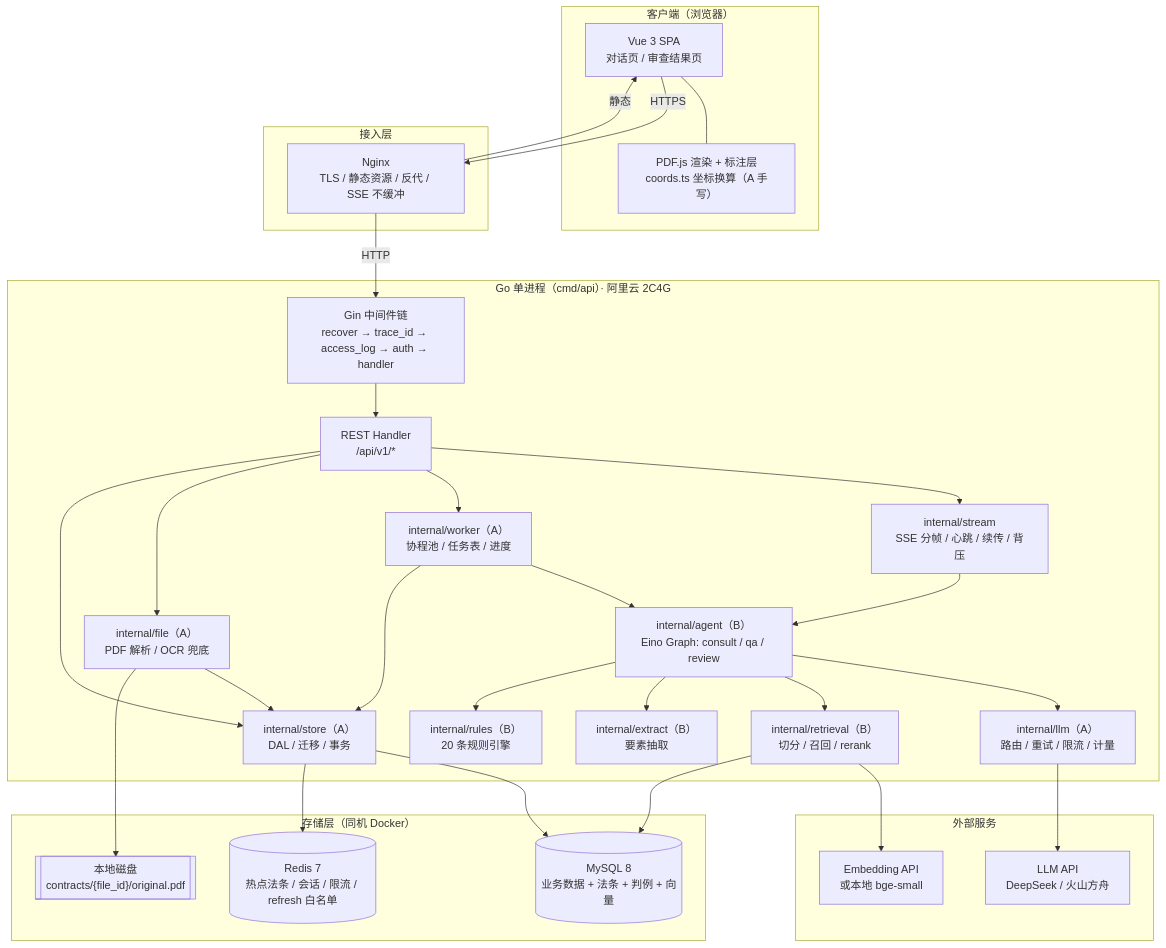
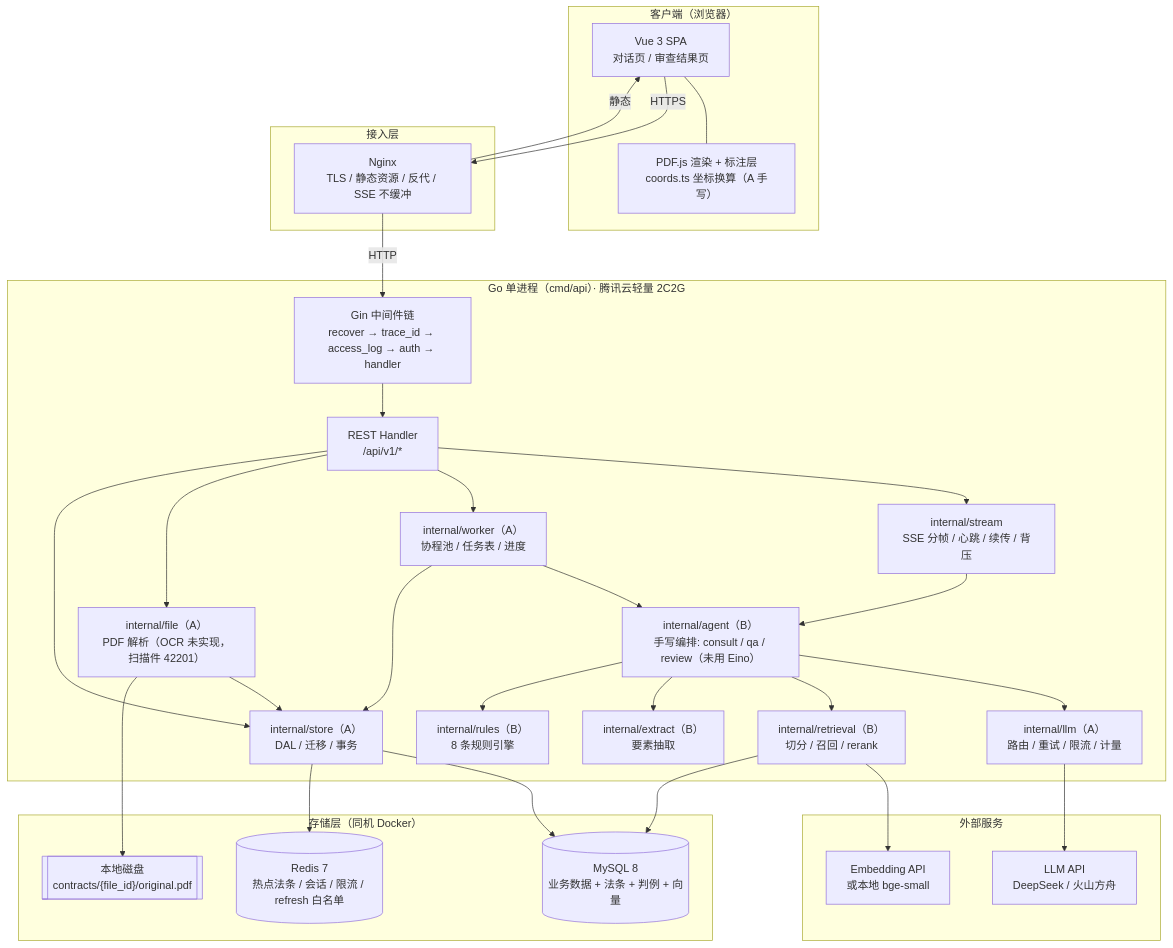
One commit to 0623som7/Labor-Law-AI-Advisory-System changed the first of 4 diagrams in docs/项目大纲与技术选型.md. Above: the diagram before and after it, drawn with Mermaid. The commit also changed other lines of this file and 3 other files, not shown here.

````diff
--- a/docs/项目大纲与技术选型.md
+++ b/docs/项目大纲与技术选型.md
@@ -128,60 +129,60 @@
 ```mermaid
 flowchart TB
     subgraph Client["客户端（浏览器）"]
         SPA["Vue 3 SPA<br/>对话页 / 审查结果页"]
         PDFJS["PDF.js 渲染 + 标注层<br/>coords.ts 坐标换算（A 手写）"]
         SPA --- PDFJS
     end
 
     subgraph Edge["接入层"]
         NGX["Nginx<br/>TLS / 静态资源 / 反代 / SSE 不缓冲"]
     end
 
-    subgraph App["Go 单进程（cmd/api）· 阿里云 2C4G"]
+    subgraph App["Go 单进程（cmd/api）· 腾讯云轻量 2C2G"]
         MW["Gin 中间件链<br/>recover → trace_id → access_log → auth → handler"]
         API["REST Handler<br/>/api/v1/*"]
         SSE["internal/stream<br/>SSE 分帧 / 心跳 / 续传 / 背压"]
-        AGT["internal/agent（B）<br/>Eino Graph: consult / qa / review"]
+        AGT["internal/agent（B）<br/>手写编排: consult / qa / review（未用 Eino）"]
         LLM["internal/llm（A）<br/>路由 / 重试 / 限流 / 计量"]
         RET["internal/retrieval（B）<br/>切分 / 召回 / rerank"]
         EXT["internal/extract（B）<br/>要素抽取"]
-        RUL["internal/rules（B）<br/>20 条规则引擎"]
-        PAR["internal/file（A）<br/>PDF 解析 / OCR 兜底"]
+        RUL["internal/rules（B）<br/>8 条规则引擎"]
+        PAR["internal/file（A）<br/>PDF 解析（OCR 未实现，扫描件 42201）"]
         STO["internal/store（A）<br/>DAL / 迁移 / 事务"]
         WK["internal/worker（A）<br/>协程池 / 任务表 / 进度"]
         MW --> API
         API --> SSE
         API --> WK
         API --> PAR
         SSE --> AGT
         WK --> AGT
         AGT --> LLM
         AGT --> RET
         AGT --> EXT
         AGT --> RUL
         API --> STO
         WK --> STO
         PAR --> STO
     end
 
     subgraph Store["存储层（同机 Docker）"]
         MY[("MySQL 8<br/>业务数据 + 法条 + 判例 + 向量")]
         RD[("Redis 7<br/>热点法条 / 会话 / 限流 / refresh 白名单")]
         FS[["本地磁盘<br/>contracts/{file_id}/original.pdf"]]
     end
 
     subgraph Ext["外部服务"]
         LLMAPI["LLM API<br/>DeepSeek / 火山方舟"]
         EMB["Embedding API<br/>或本地 bge-small"]
     end
 
     SPA -->|"HTTPS"| NGX
     NGX -->|"HTTP"| MW
     NGX -->|"静态"| SPA
     STO --> MY
     STO --> RD
     PAR --> FS
     LLM --> LLMAPI
     RET --> EMB
     RET --> MY
 ```
````
